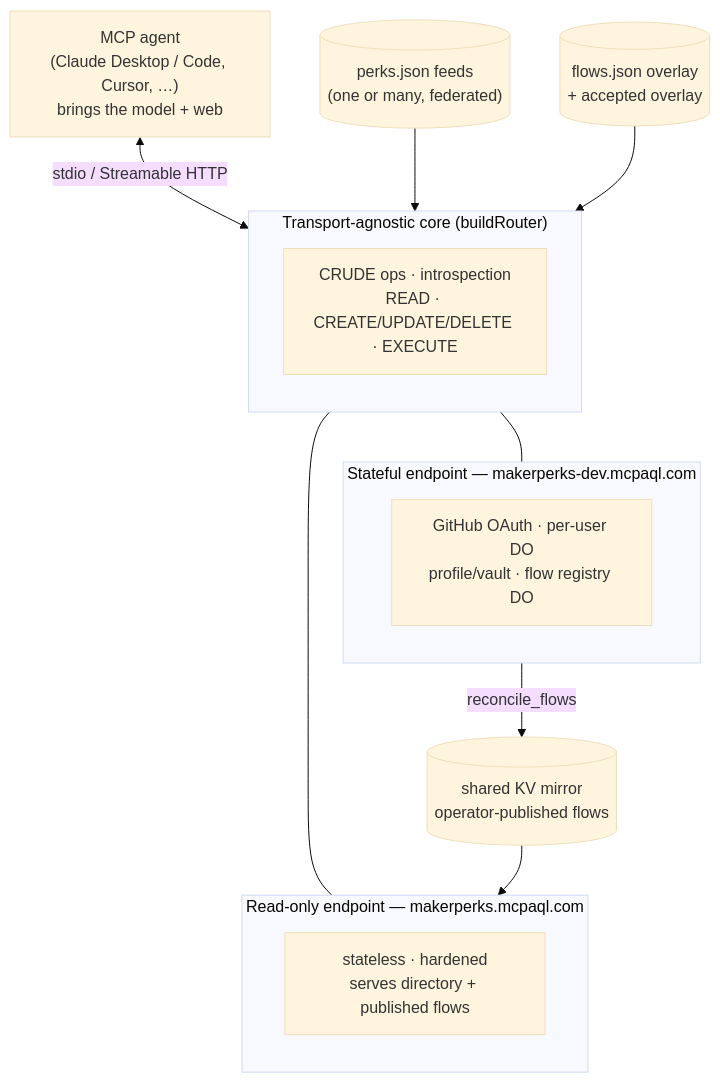
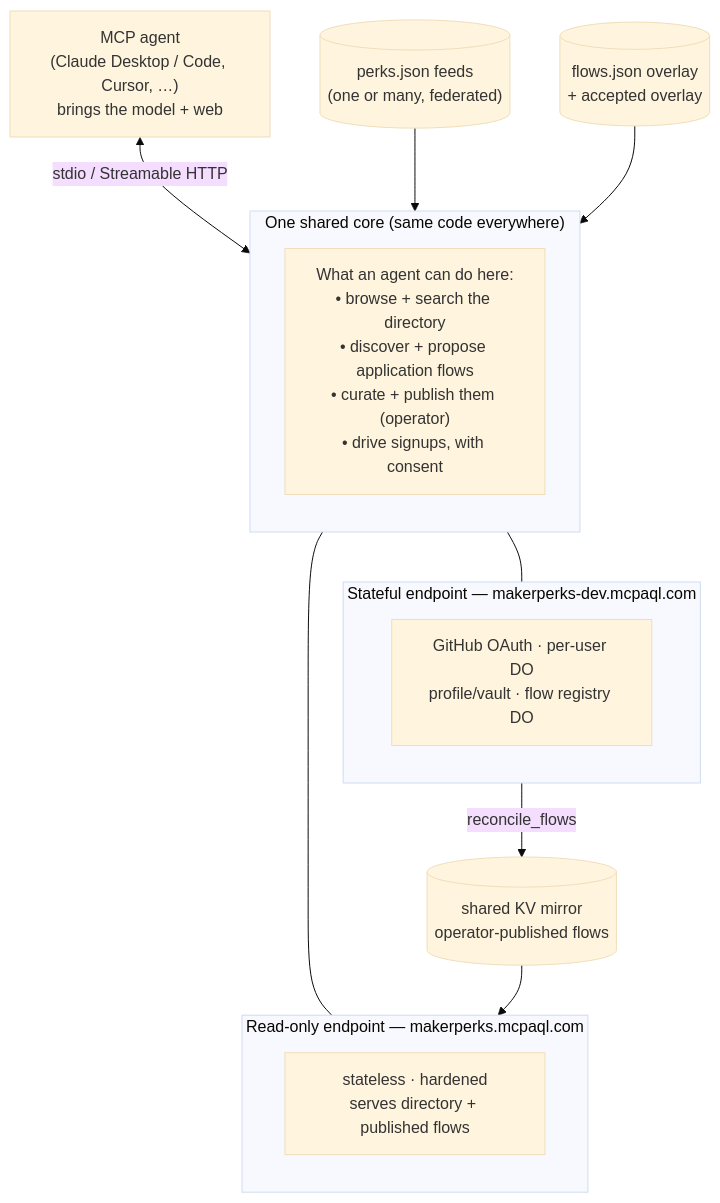
Before and after one commit to MCPAQL/makerperks-adapter: the diagram in README.md, drawn with Mermaid (base theme). The commit also changed other lines of this file, not shown here.

````diff
--- a/README.md
+++ b/README.md
@@ -20,31 +23,31 @@
 ```mermaid
 flowchart TB
   agent["MCP agent<br/>(Claude Desktop / Code, Cursor, …)<br/>brings the model + web"]
 
-  subgraph core["Transport-agnostic core (buildRouter)"]
+  subgraph core["One shared core (same code everywhere)"]
     direction TB
-    ops["CRUDE ops · introspection<br/>READ · CREATE/UPDATE/DELETE · EXECUTE"]
+    ops["What an agent can do here:<br/>• browse + search the directory<br/>• discover + propose application flows<br/>• curate + publish them (operator)<br/>• drive signups, with consent"]
   end
 
   subgraph ro["Read-only endpoint — makerperks.mcpaql.com"]
     direction TB
     rostd["stateless · hardened<br/>serves directory + published flows"]
   end
 
   subgraph stf["Stateful endpoint — makerperks-dev.mcpaql.com"]
     direction TB
     dos["GitHub OAuth · per-user DO<br/>profile/vault · flow registry DO"]
   end
 
   feeds[("perks.json feeds<br/>(one or many, federated)")]
   flows[("flows.json overlay<br/>+ accepted overlay")]
   kv[("shared KV mirror<br/>operator-published flows")]
 
   agent <-->|stdio / Streamable HTTP| core
   core --- ro
   core --- stf
   feeds --> core
   flows --> core
   stf -->|reconcile_flows| kv
   kv --> ro
 ```
````
